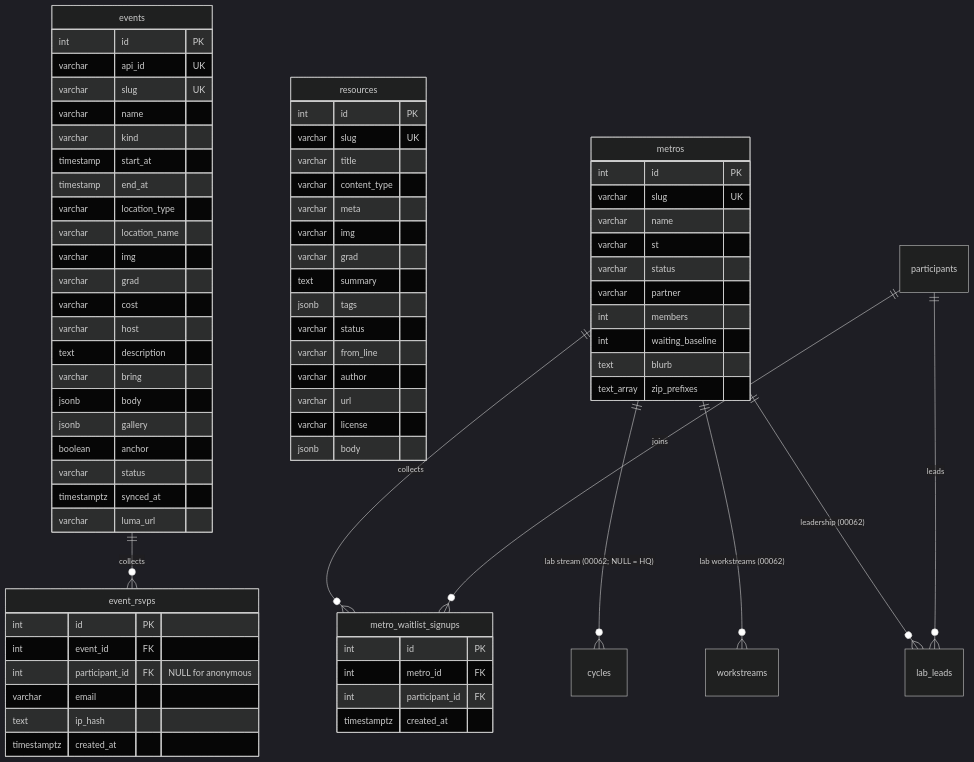
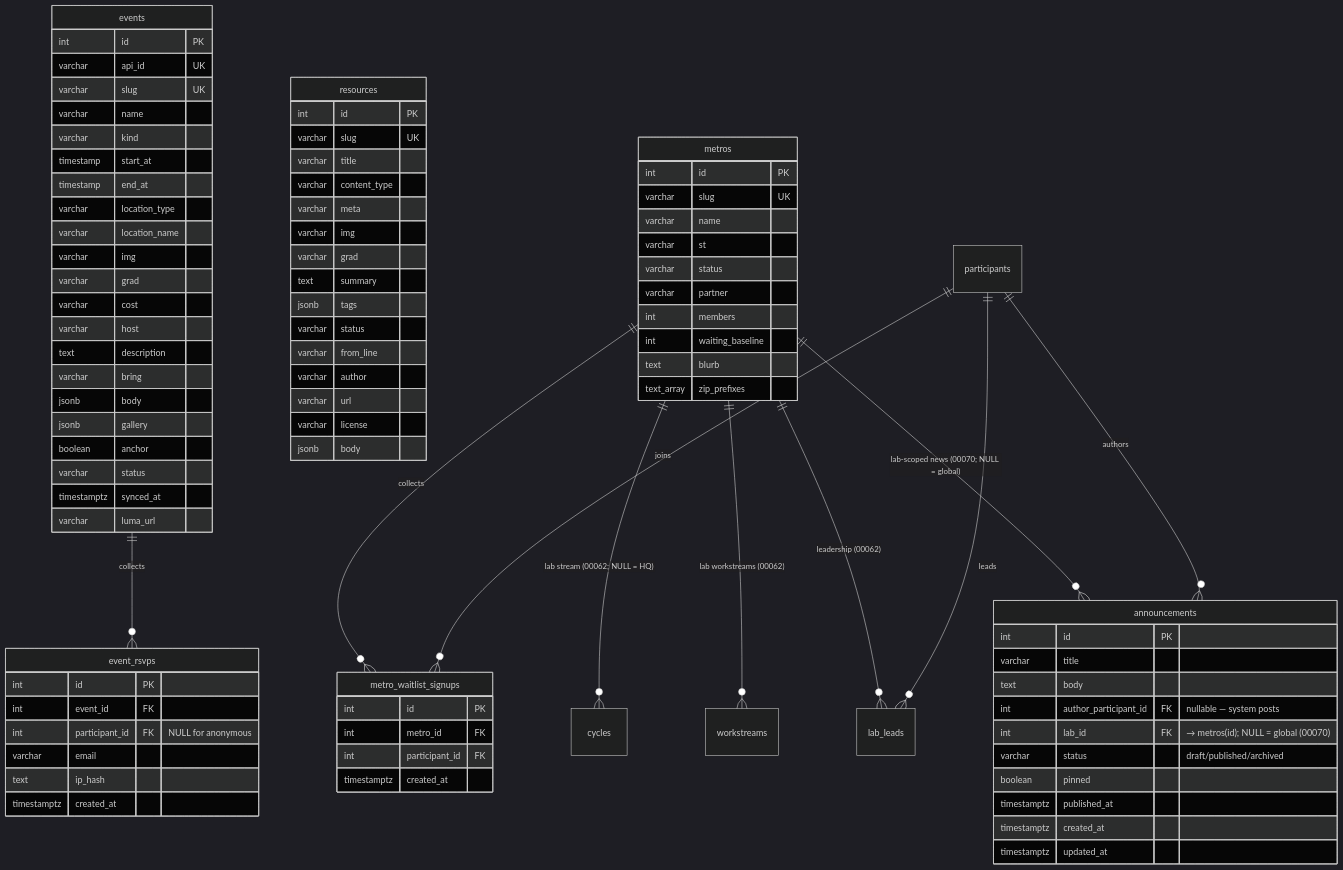
Before and after one commit to TheUpskillingLabs/OLOS: the seventh of 9 diagrams in SCHEMA.md, drawn with Mermaid (dark theme). The commit also changed other lines of this file and 16 other files, not shown here.

````diff
--- a/SCHEMA.md
+++ b/SCHEMA.md
@@ -531,11 +531,26 @@
         timestamptz created_at
     }
 
+    announcements {
+        int id PK
+        varchar title
+        text body
+        int author_participant_id FK "nullable — system posts"
+        int lab_id FK "→ metros(id); NULL = global (00070)"
+        varchar status "draft/published/archived"
+        boolean pinned
+        timestamptz published_at
+        timestamptz created_at
+        timestamptz updated_at
+    }
+
     metros ||--o{ metro_waitlist_signups : "collects"
     metros ||--o{ cycles : "lab stream (00062; NULL = HQ)"
     metros ||--o{ workstreams : "lab workstreams (00062)"
     metros ||--o{ lab_leads : "leadership (00062)"
+    metros ||--o{ announcements : "lab-scoped news (00070; NULL = global)"
     participants ||--o{ lab_leads : "leads"
     participants ||--o{ metro_waitlist_signups : "joins"
+    participants ||--o{ announcements : "authors"
     events ||--o{ event_rsvps : "collects"
 ```
````
